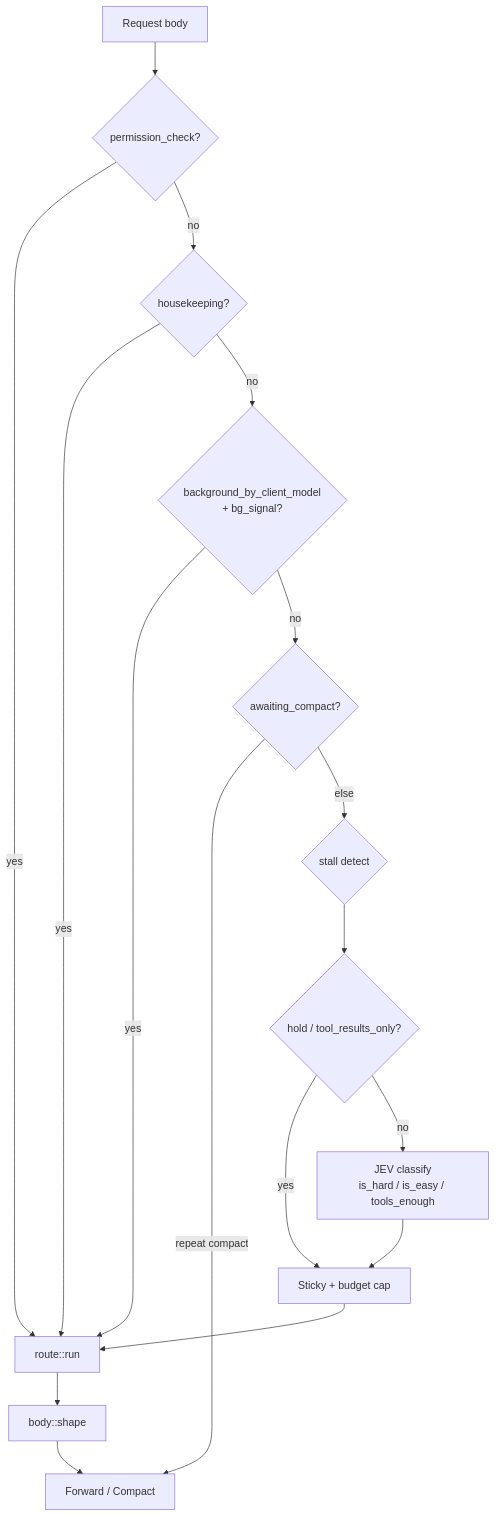
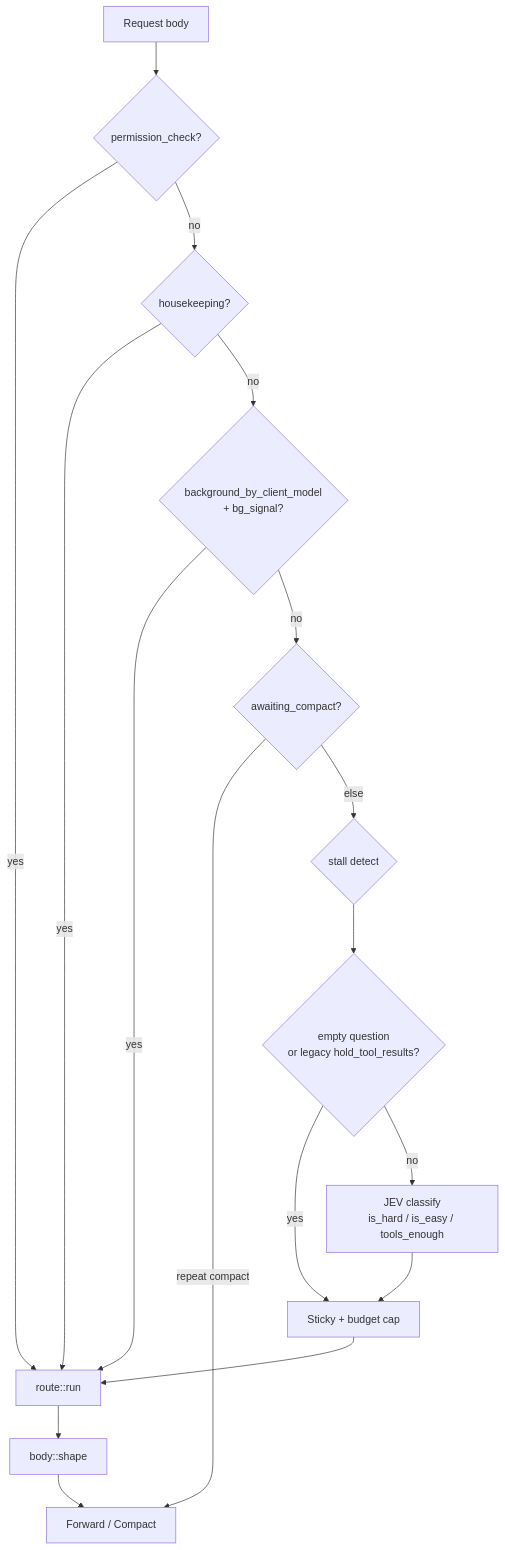
Before and after one commit to ndolinschi/Octo: the first of 3 diagrams in apps/router/docs/autoroute.md, drawn with Mermaid. The commit also changed other lines of this file and 11 other files, not shown here.

````diff
--- a/apps/router/docs/autoroute.md
+++ b/apps/router/docs/autoroute.md
@@ -19,28 +19,28 @@
 ```mermaid
 flowchart TD
   in[Request body]
   perm{permission_check?}
   hk{housekeeping?}
   bg{background_by_client_model<br/>+ bg_signal?}
   await{awaiting_compact?}
   stall{stall detect}
-  hold{hold / tool_results_only?}
+  hold{empty question<br/>or legacy hold_tool_results?}
   jev[JEV classify<br/>is_hard / is_easy / tools_enough]
   sticky[Sticky + budget cap]
   route[route::run]
   shape[body::shape]
   fwd[Forward / Compact]
 
   in --> perm
   perm -->|yes| route
   perm -->|no| hk
   hk -->|yes| route
   hk -->|no| bg
   bg -->|yes| route
   bg -->|no| await
   await -->|repeat compact| fwd
   await -->|else| stall --> hold
   hold -->|yes| sticky
   hold -->|no| jev --> sticky
   sticky --> route --> shape --> fwd
 ```
````
